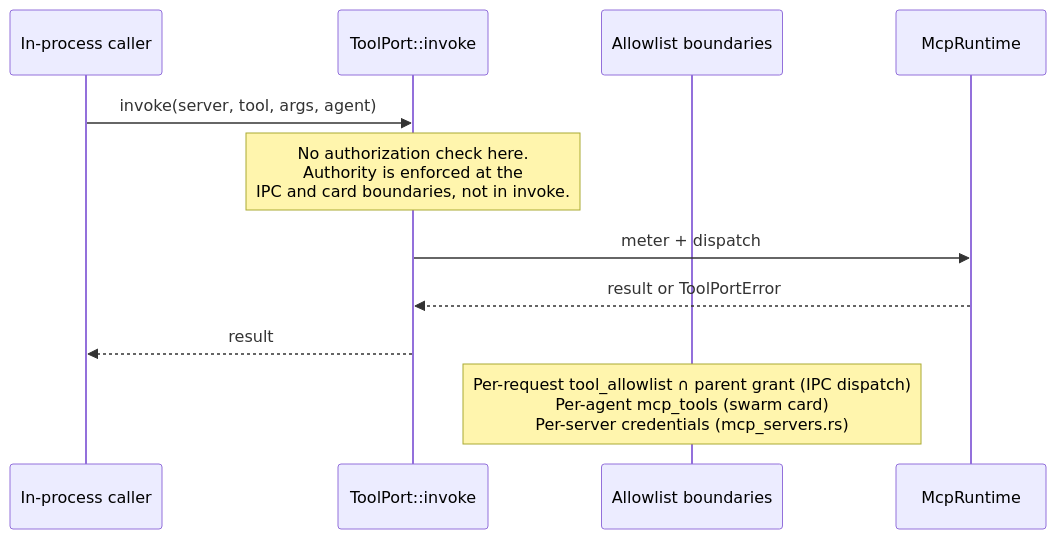
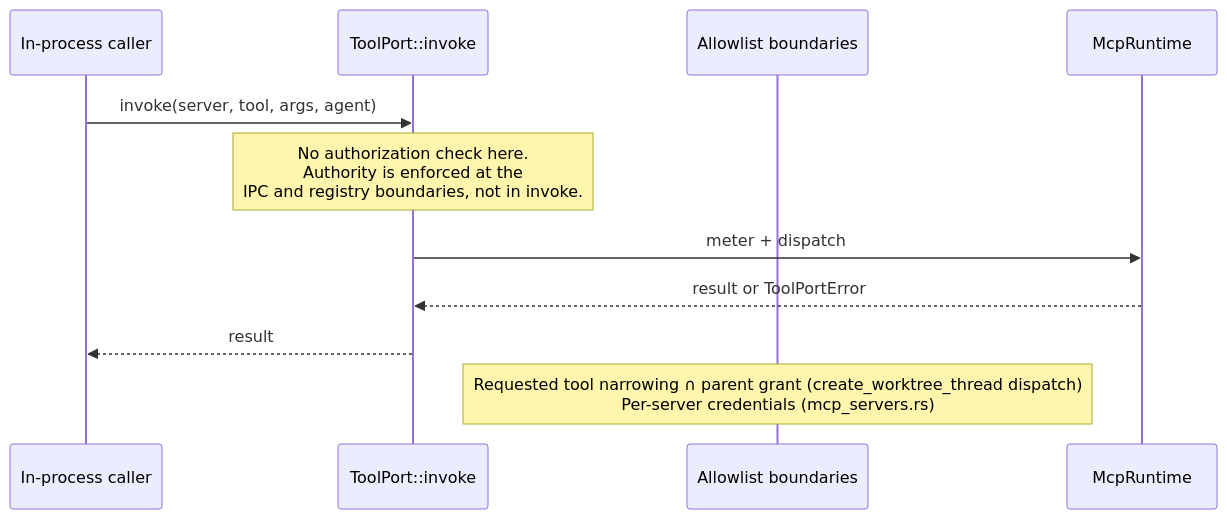
The third of 3 diagrams in kask/docs/diataxis/hkask-tool-port/reference.md (mdz-axo/zed-kask), drawn with Mermaid before and after one commit. The commit also changed other lines of this file and 25 other files, not shown here.

````diff
--- a/kask/docs/diataxis/hkask-tool-port/reference.md
+++ b/kask/docs/diataxis/hkask-tool-port/reference.md
@@ -196,15 +194,15 @@
 ```mermaid
 sequenceDiagram
     participant Caller as In-process caller
     participant Port as ToolPort::invoke
     participant Boundaries as Allowlist boundaries
     participant Runtime as McpRuntime
 
     Caller->>Port: invoke(server, tool, args, agent)
-    Note over Port: No authorization check here.<br/>Authority is enforced at the<br/>IPC and card boundaries, not in invoke.
+    Note over Port: No authorization check here.<br/>Authority is enforced at the<br/>IPC and registry boundaries, not in invoke.
     Port->>Runtime: meter + dispatch
     Runtime-->>Port: result or ToolPortError
     Port-->>Caller: result
 
-    Note over Boundaries: Per-request tool_allowlist ∩ parent grant (IPC dispatch)<br/>Per-agent mcp_tools (swarm card)<br/>Per-server credentials (mcp_servers.rs)
+    Note over Boundaries: Requested tool narrowing ∩ parent grant (create_worktree_thread dispatch)<br/>Per-server credentials (mcp_servers.rs)
 ```
````
